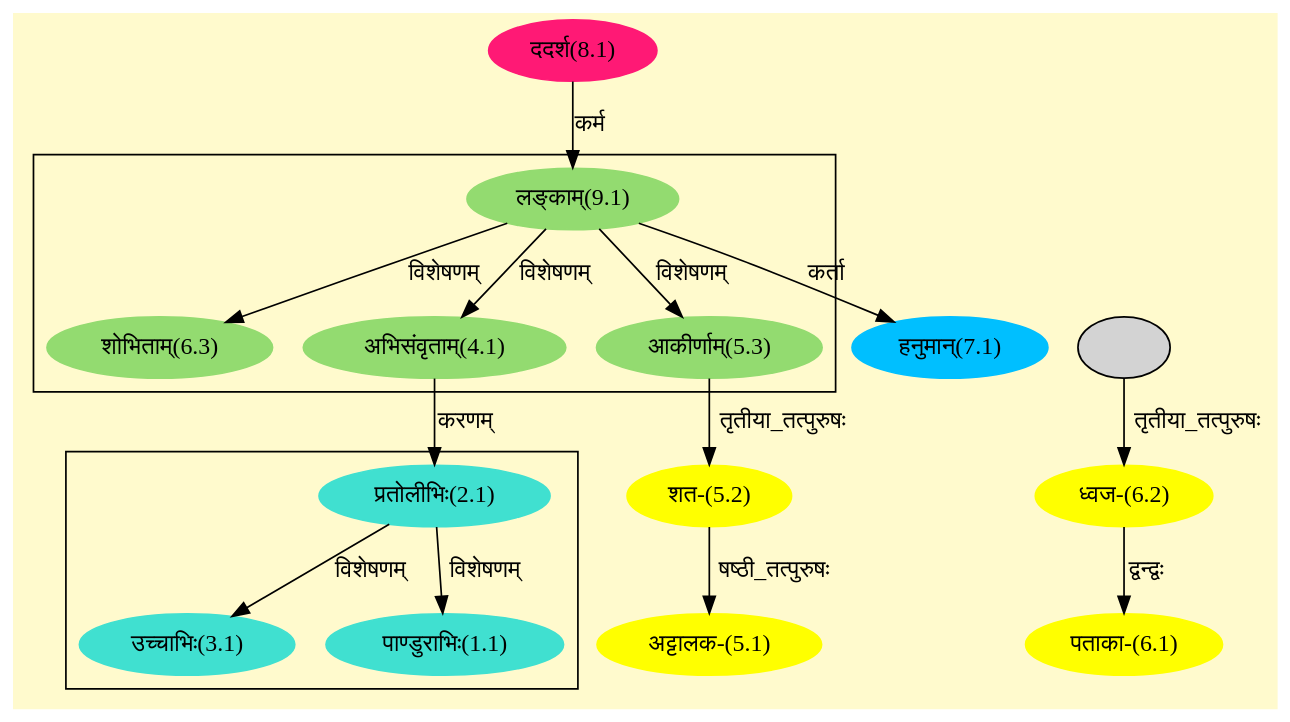
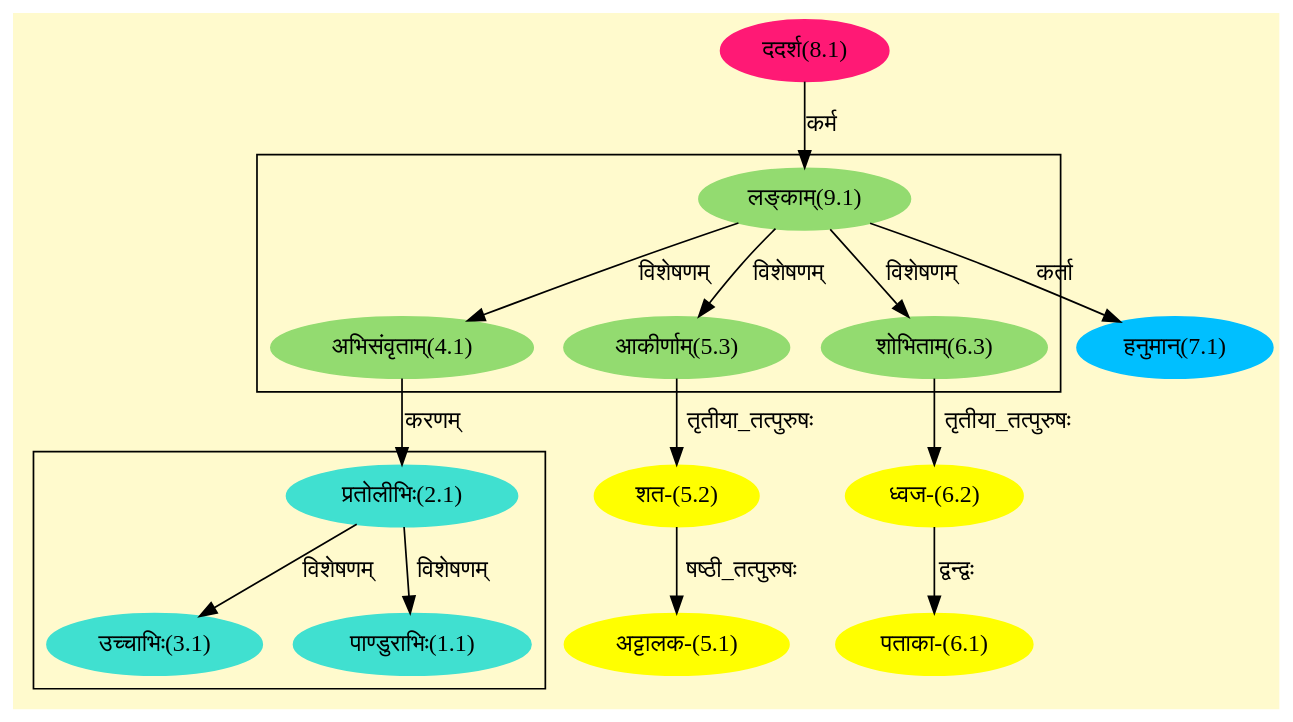
Before and after one commit to amarranjan1/skd.github.io: the diagram in assets/graphs/02_017_1.dot, drawn with Graphviz. The commit also changed 258 other files, not shown here.

```diff
--- a/assets/graphs/02_017_1.dot
+++ b/assets/graphs/02_017_1.dot
@@ -1,45 +1,45 @@
 digraph G{
 rankdir=BT;
  compound=true;
  bgcolor="lemonchiffon1";
 
 subgraph cluster_1{
 Node1_1 [style=filled, color="#40E0D0" label = "पाण्डुराभिः(1.1)"]
 Node2_1 [style=filled, color="#40E0D0" label = "प्रतोलीभिः(2.1)"]
 Node3_1 [style=filled, color="#40E0D0" label = "उच्चाभिः(3.1)"]
 
 }
 
 subgraph cluster_2{
 Node4_1 [style=filled, color="#93DB70" label = "अभिसंवृताम्(4.1)"]
 Node9_1 [style=filled, color="#93DB70" label = "लङ्काम्(9.1)"]
 Node5_3 [style=filled, color="#93DB70" label = "आकीर्णाम्(5.3)"]
 Node6_3 [style=filled, color="#93DB70" label = "शोभिताम्(6.3)"]
 
 }
 Node2_1 [style=filled, color="#40E0D0" label = "प्रतोलीभिः(2.1)"]
 Node4_1 [style=filled, color="#93DB70" label = "अभिसंवृताम्(4.1)"]
 Node5_1 [style=filled, color="#FFFF00" label = "अट्टालक-(5.1)"]
 Node5_2 [style=filled, color="#FFFF00" label = "शत-(5.2)"]
 Node5_3 [style=filled, color="#93DB70" label = "आकीर्णाम्(5.3)"]
 Node6_1 [style=filled, color="#FFFF00" label = "पताका-(6.1)"]
 Node6_2 [style=filled, color="#FFFF00" label = "ध्वज-(6.2)"]
-Node7_2 [style=filled, color="" label = ""]
+Node6_3 [style=filled, color="#93DB70" label = "शोभिताम्(6.3)"]
 Node7_1 [style=filled, color="#00BFFF" label = "हनुमान्(7.1)"]
 Node9_1 [style=filled, color="#93DB70" label = "लङ्काम्(9.1)"]
 Node8_1 [style=filled, color="#FF1975" label = "ददर्श(8.1)"]
 /* Start of Relations section */
 
 Node1_1 -> Node2_1 [  label="विशेषणम्"  dir="back" ]
 Node2_1 -> Node4_1 [  label="करणम्"  dir="back" ]
 Node3_1 -> Node2_1 [  label="विशेषणम्"  dir="back" ]
 Node4_1 -> Node9_1 [  label="विशेषणम्"  dir="back" ]
 Node5_1 -> Node5_2 [  label="षष्ठी_तत्पुरुषः"  dir="back" ]
 Node5_2 -> Node5_3 [  label="तृतीया_तत्पुरुषः"  dir="back" ]
 Node5_3 -> Node9_1 [  label="विशेषणम्"  dir="back" ]
 Node6_1 -> Node6_2 [  label="द्वन्द्वः"  dir="back" ]
-Node6_2 -> Node7_2 [  label="तृतीया_तत्पुरुषः"  dir="back" ]
+Node6_2 -> Node6_3 [  label="तृतीया_तत्पुरुषः"  dir="back" ]
 Node6_3 -> Node9_1 [  label="विशेषणम्"  dir="back" ]
 Node7_1 -> Node9_1 [  label="कर्ता"  dir="back" ]
 Node9_1 -> Node8_1 [  label="कर्म"  dir="back" ]
 }
```
